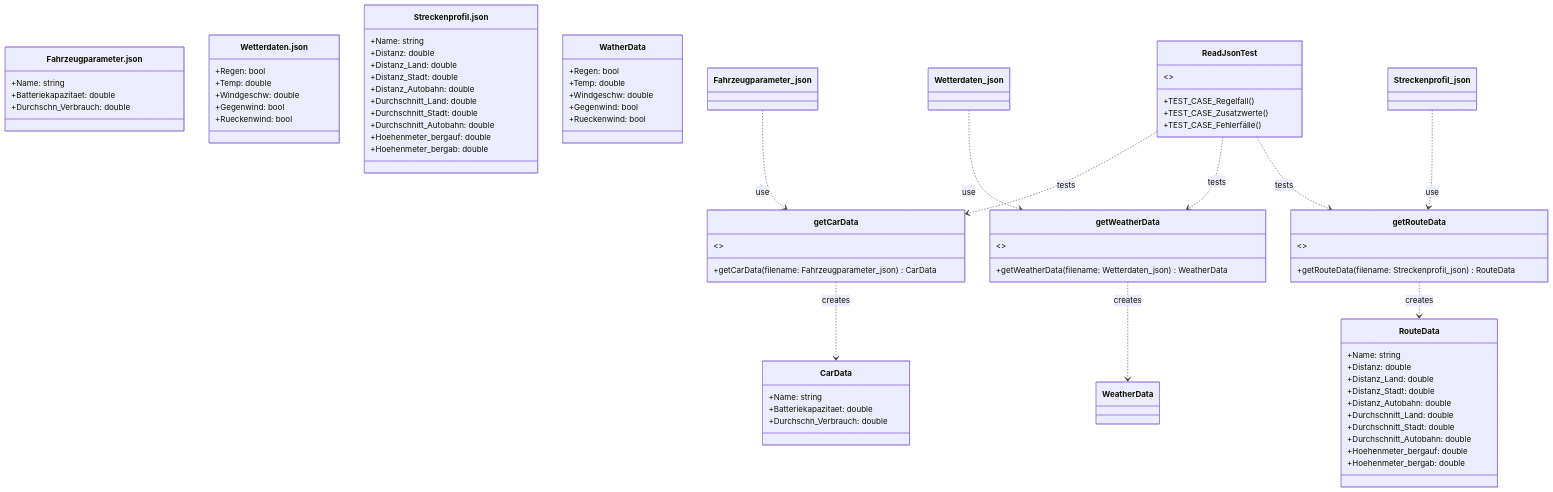
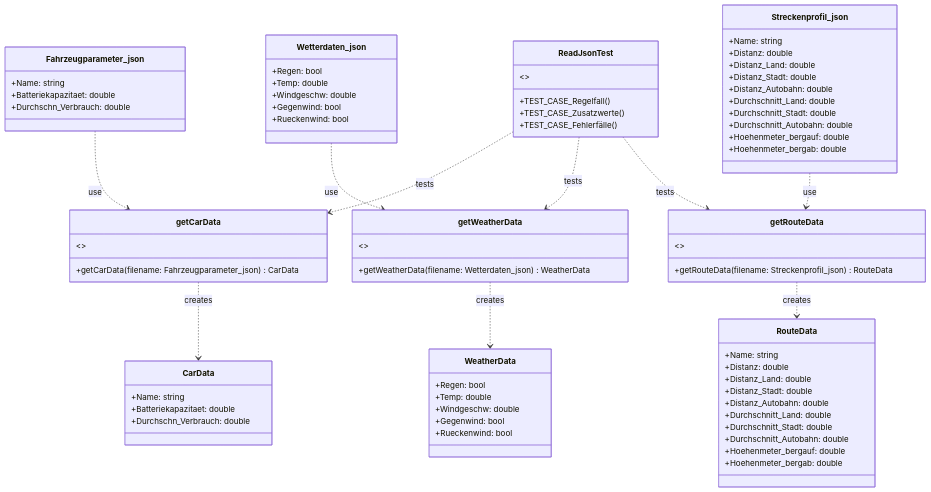
Before and after one commit to roprmt00/Semesterbegleitendes-Projekt: the first of 2 diagrams in README.md, drawn with Mermaid.

Commit message:
Fehler in README behoben

````diff
--- a/README.md
+++ b/README.md
@@ -69,13 +69,13 @@
 ```mermaid
 classDiagram
 
-    class Fahrzeugparameter.json {
+    class Fahrzeugparameter_json {
         +Name: string
         +Batteriekapazitaet: double
         +Durchschn_Verbrauch: double
     }
 
-    class Wetterdaten.json {
+    class Wetterdaten_json {
         +Regen: bool
         +Temp: double
         +Windgeschw: double
@@ -83,7 +83,7 @@
         +Rueckenwind: bool
     }
 
-    class Streckenprofil.json {
+    class Streckenprofil_json {
         +Name: string
         +Distanz: double
         +Distanz_Land: double
@@ -102,7 +102,7 @@
         +Durchschn_Verbrauch: double
     }
 
-    class WatherData {
+    class WeatherData {
         +Regen: bool
         +Temp: double
         +Windgeschw: double
````
